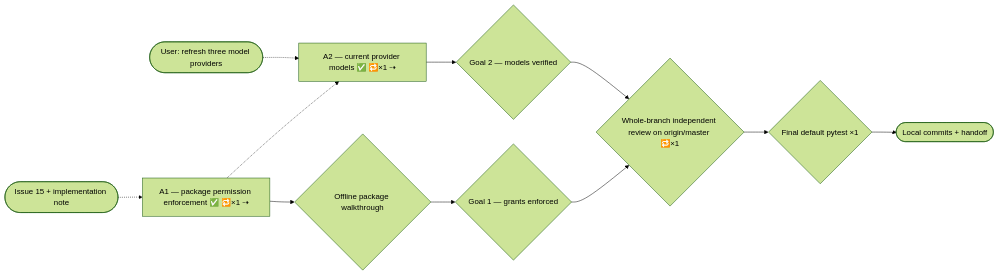
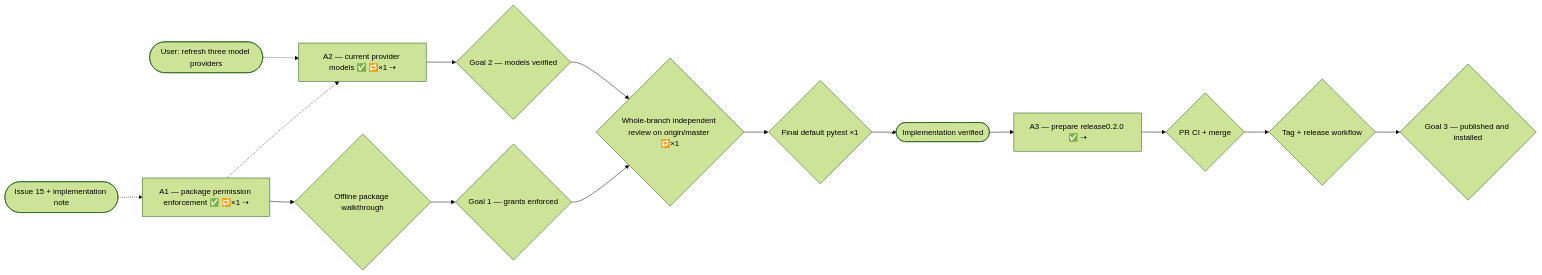
Before and after one commit to tyxter-dev/blackbox: the diagram in docs/plans/issue-15-permissions-models-plan.md, drawn with Mermaid (forest theme). The commit also changed other lines of this file and 8 other files, not shown here.

First line of the commit message:
chore(release): prepare 0.2.0

````diff
--- a/docs/plans/issue-15-permissions-models-plan.md
+++ b/docs/plans/issue-15-permissions-models-plan.md
@@ -151,17 +168,21 @@
 ```mermaid
 flowchart LR
   I15(["Issue 15 + implementation note"])
   IM(["User: refresh three model providers"])
   A1["A1 — package permission enforcement ✅ 🔁×1 ⇢"]
   A2["A2 — current provider models ✅ 🔁×1 ⇢"]
   I15 -.-> A1
   IM -.-> A2
   A1 -.-> A2
   A1 --> P{"Offline package walkthrough"}
   P --> G1{"Goal 1 — grants enforced"}
   A2 --> G2{"Goal 2 — models verified"}
   G1 --> FR{"Whole-branch independent review on origin/master 🔁×1"}
   G2 --> FR
   FR --> CI{"Final default pytest ×1"}
-  CI --> H(["Local commits + handoff"])
+  CI --> H(["Implementation verified"])
+  H --> A3["A3 — prepare release0.2.0 ✅ ⇢"]
+  A3 --> RPR{"PR CI + merge"}
+  RPR --> RT{"Tag + release workflow"}
+  RT --> G3{"Goal 3 — published and installed"}
 ```
````
